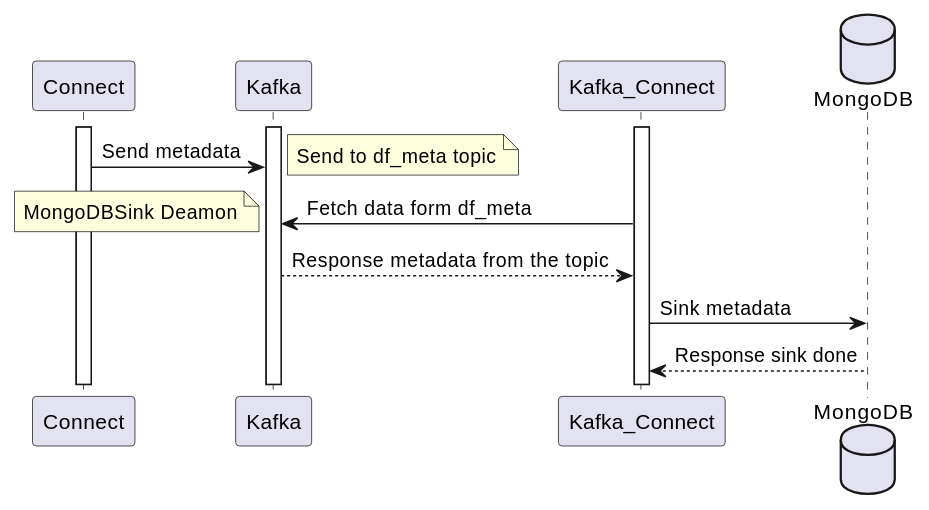
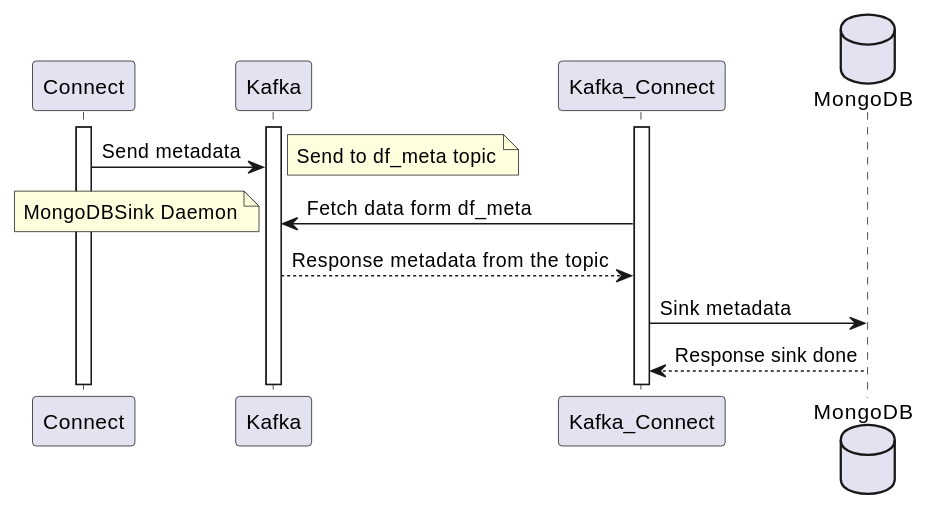
Before and after one commit to datafibers-community/df_complete_guide: the sixth of 6 diagrams in design_overview.md, drawn with PlantUML. The commit also changed other lines of this file, not shown here.

```diff
--- a/design_overview.md
+++ b/design_overview.md
@@ -100,14 +101,14 @@
 {% plantuml %}
 activate Connect
 activate Kafka
 activate Kafka_Connect
 database MongoDB
 
 Connect -> Kafka: Send metadata
 note right: Send to df_meta topic
 Kafka <- Kafka_Connect : Fetch data form df_meta
-note left: MongoDBSink Deamon
+note left: MongoDBSink Daemon
 Kafka --> Kafka_Connect : Response metadata from the topic
 Kafka_Connect -> MongoDB: Sink metadata
 Kafka_Connect <-- MongoDB: Response sink done
 {% endplantuml %}
```
